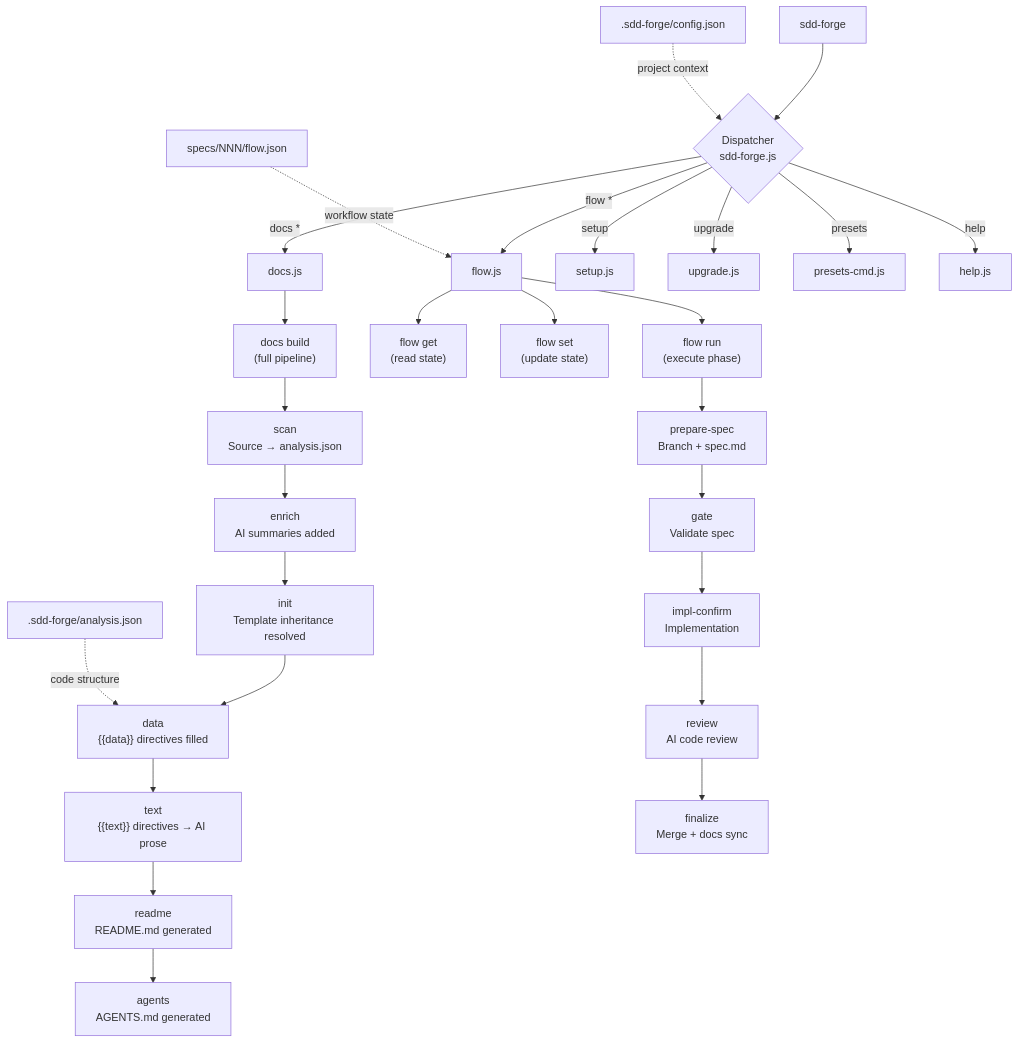
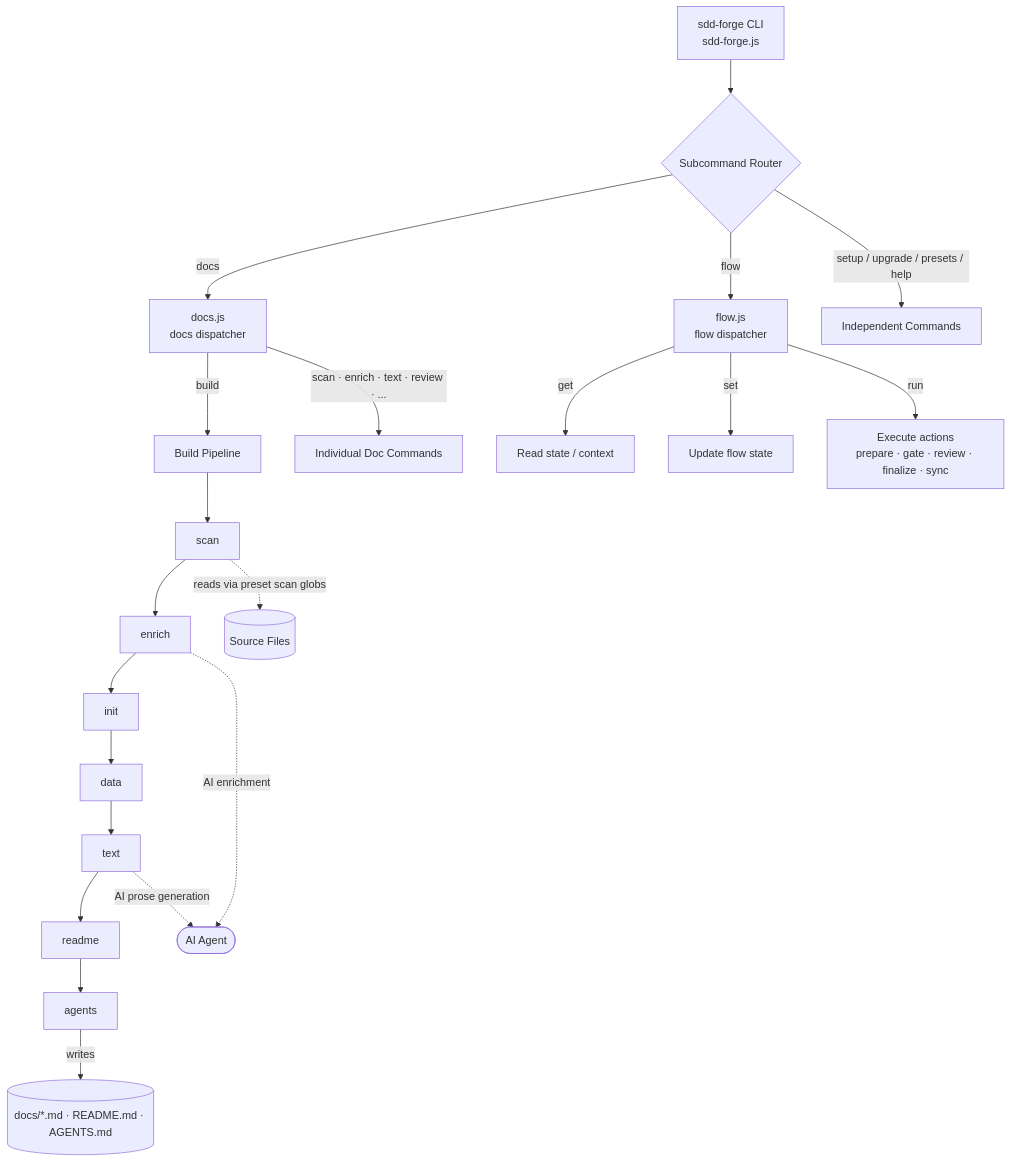
The diagram in docs/overview.md (SpreadWorks/sdd-forge), drawn with Mermaid before and after one commit. The commit also changed other lines of this file and 6 other files, not shown here.

````diff
--- a/docs/overview.md
+++ b/docs/overview.md
@@ -36,34 +29,22 @@
 ```mermaid
 flowchart TD
-    CLI["sdd-forge <cmd>"] --> DISPATCH{Dispatcher\nsdd-forge.js}
+    CLI["sdd-forge CLI\nsdd-forge.js"] --> DISP{Subcommand Router}
 
-    DISPATCH -->|"docs *"| DOCS[docs.js]
-    DISPATCH -->|"flow *"| FLOW[flow.js]
-    DISPATCH -->|setup| SETUP[setup.js]
-    DISPATCH -->|upgrade| UPGRADE[upgrade.js]
-    DISPATCH -->|presets| PRESETS[presets-cmd.js]
-    DISPATCH -->|help| HELP[help.js]
+    DISP -->|docs| DOCS["docs.js\ndocs dispatcher"]
+    DISP -->|flow| FLOW["flow.js\nflow dispatcher"]
+    DISP -->|setup / upgrade / presets / help| MISC[Independent Commands]
 
-    DOCS --> BUILD["docs build\n(full pipeline)"]
-    BUILD --> SCAN["scan\nSource → analysis.json"]
-    SCAN --> ENRICH["enrich\nAI summaries added"]
-    ENRICH --> INIT["init\nTemplate inheritance resolved"]
-    INIT --> DATA["data\n{{data}} directives filled"]
-    DATA --> TEXT["text\n{{text}} directives → AI prose"]
-    TEXT --> README["readme\nREADME.md generated"]
-    README --> AGENTS["agents\nAGENTS.md generated"]
+    DOCS -->|build| PIPE[Build Pipeline]
+    DOCS -->|scan · enrich · text · review · ...| SINGLE[Individual Doc Commands]
 
-    FLOW --> FGET["flow get\n(read state)"]
-    FLOW --> FSET["flow set\n(update state)"]
-    FLOW --> FRUN["flow run\n(execute phase)"]
+    PIPE --> S1[scan] --> S2[enrich] --> S3[init] --> S4[data] --> S5[text] --> S6[readme] --> S7[agents]
 
-    FRUN --> PHASE1["prepare-spec\nBranch + spec.md"]
-    PHASE1 --> PHASE2["gate\nValidate spec"]
-    PHASE2 --> PHASE3["impl-confirm\nImplementation"]
-    PHASE3 --> PHASE4["review\nAI code review"]
-    PHASE4 --> PHASE5["finalize\nMerge + docs sync"]
+    FLOW -->|get| FG["Read state / context"]
+    FLOW -->|set| FS["Update flow state"]
+    FLOW -->|run| FR["Execute actions\nprepare · gate · review · finalize · sync"]
 
-    CONFIG[".sdd-forge/config.json"] -.->|project context| DISPATCH
-    ANALYSIS[".sdd-forge/analysis.json"] -.->|code structure| DATA
-    FLOWSTATE["specs/NNN/flow.json"] -.->|workflow state| FLOW
+    S1 -.->|reads via preset scan globs| SRC[(Source Files)]
+    S2 -.->|AI enrichment| AI([AI Agent])
+    S5 -.->|AI prose generation| AI
+    S7 -->|writes| OUT[("docs/*.md · README.md · AGENTS.md")]
 ```
````
